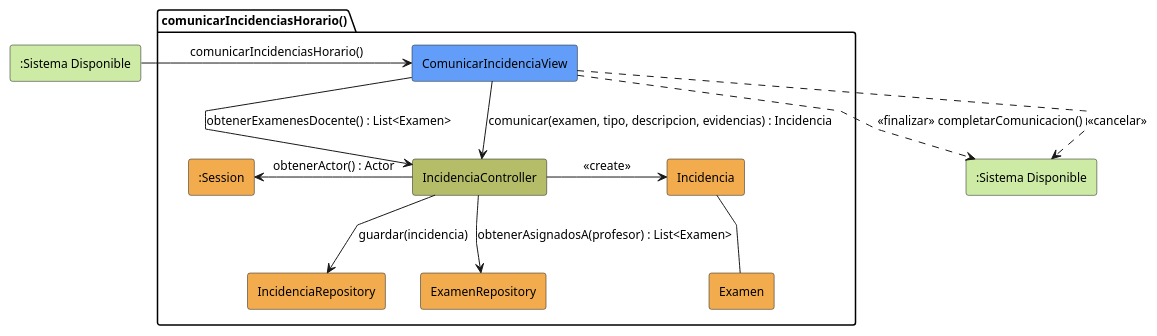
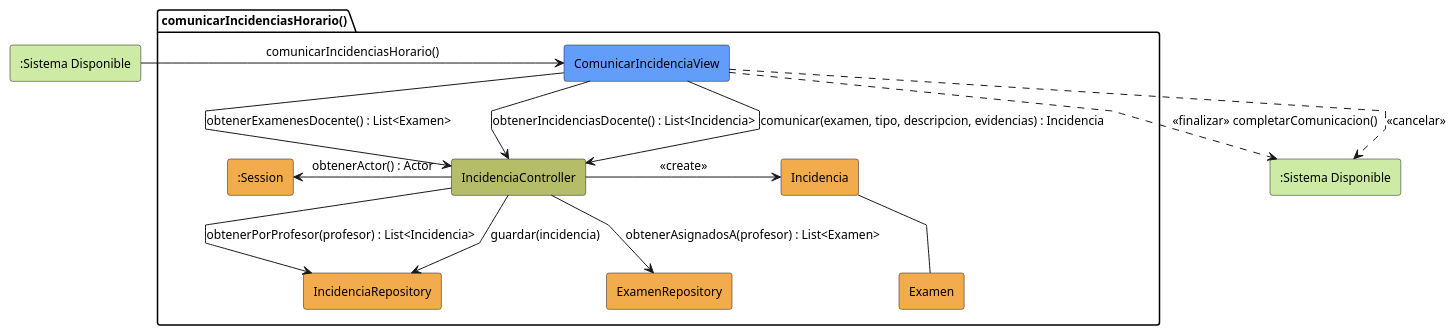
Before and after one commit to carlos-alvarado-25/25-26-idsw2-sdVC: the diagram in modelosUML/01-analisis/casos-uso/comunicarIncidenciasHorario/colaboracion.puml, drawn with PlantUML. The commit also changed 10 other files, not shown here.

```diff
--- a/modelosUML/01-analisis/casos-uso/comunicarIncidenciasHorario/colaboracion.puml
+++ b/modelosUML/01-analisis/casos-uso/comunicarIncidenciasHorario/colaboracion.puml
@@ -1,38 +1,40 @@
 @startuml comunicarIncidenciasHorario-analisis
 skinparam backgroundColor white
 skinparam shadowing false
 skinparam DefaultFontColor black
 skinparam DefaultFontSize 12
 skinparam linetype polyline
 
 rectangle #CDEBA5 ":Sistema Disponible" as SistemaDisponible
 
 package comunicarIncidenciasHorario as "comunicarIncidenciasHorario()" {
     rectangle #629EF9 ComunicarIncidenciaView
     rectangle #b5bd68 IncidenciaController
     rectangle #F2AC4E IncidenciaRepository
     rectangle #F2AC4E ExamenRepository
     rectangle #F2AC4E Incidencia
     rectangle #F2AC4E Examen
     rectangle #F2AC4E ":Session" as Session
 }
 
 rectangle #CDEBA5 ":Sistema Disponible" as SistemaDisponibleSalida
 
 SistemaDisponible -r-> ComunicarIncidenciaView: comunicarIncidenciasHorario()
 
 ComunicarIncidenciaView -d-> IncidenciaController: obtenerExamenesDocente() : List<Examen>
+ComunicarIncidenciaView -d-> IncidenciaController: obtenerIncidenciasDocente() : List<Incidencia>
 IncidenciaController -l-> Session: obtenerActor() : Actor
 IncidenciaController -d-> ExamenRepository: obtenerAsignadosA(profesor) : List<Examen>
+IncidenciaController -d-> IncidenciaRepository: obtenerPorProfesor(profesor) : List<Incidencia>
 
 ComunicarIncidenciaView -d-> IncidenciaController: comunicar(examen, tipo, descripcion, evidencias) : Incidencia
 
 IncidenciaController -r-> Incidencia: <<create>>
 IncidenciaController -d-> IncidenciaRepository: guardar(incidencia)
 
 Incidencia -- Examen
 
 ComunicarIncidenciaView ..> SistemaDisponibleSalida: <<finalizar>> completarComunicacion()
 ComunicarIncidenciaView ..> SistemaDisponibleSalida: <<cancelar>>
 
 @enduml
```
